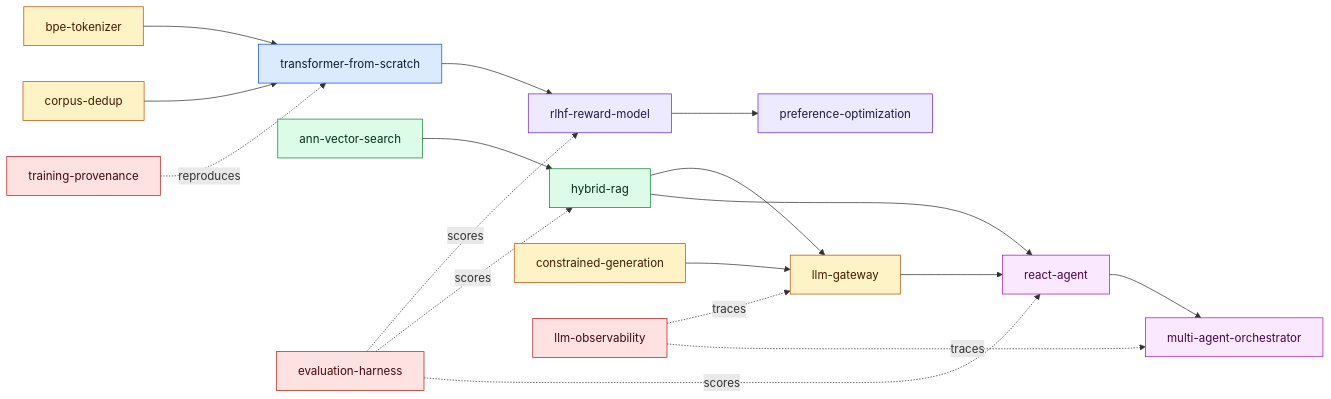
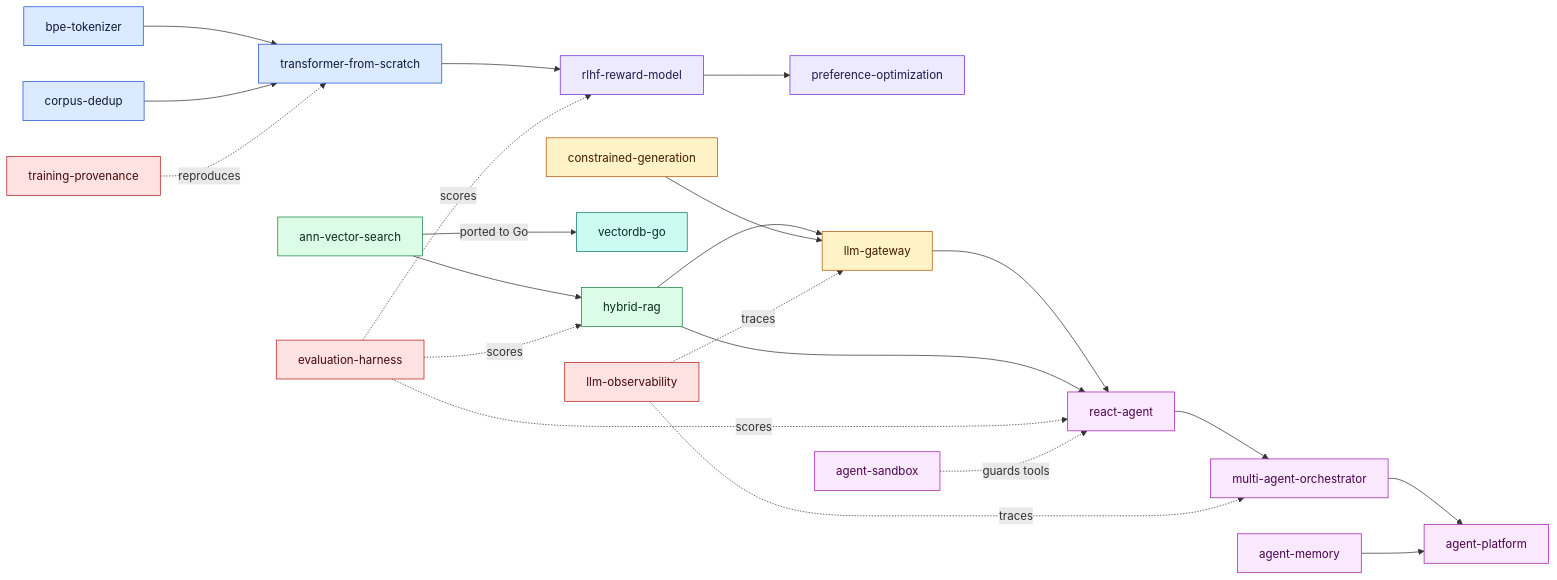
One commit to adeoluo/adeoluo changed the second of 3 diagrams in README.md. Above: the diagram before and after it, drawn with Mermaid. The commit also changed other lines of this file, not shown here.

````diff
--- a/README.md
+++ b/README.md
@@ -94,47 +83,58 @@
 ```mermaid
 flowchart LR
-  BPE["bpe-tokenizer"]
-  DEDUP["corpus-dedup"]
-  TF["transformer-from-scratch"]
-  RLHF["rlhf-reward-model"]
-  DPO["preference-optimization"]
-  ANN["ann-vector-search"]
-  RAG["hybrid-rag"]
-  GW["llm-gateway"]
-  CG["constrained-generation"]
-  REACT["react-agent"]
-  ORCH["multi-agent-orchestrator"]
-  EVAL["evaluation-harness"]
-  OBS["llm-observability"]
-  PROV["training-provenance"]
+  r_bpe_tokenizer_library["bpe-tokenizer"]
+  r_transformer_from_scratch["transformer-from-scratch"]
+  r_corpus_dedup_library["corpus-dedup"]
+  r_rlhf_reward_model["rlhf-reward-model"]
+  r_preference_optimization["preference-optimization"]
+  r_ann_vector_search_library["ann-vector-search"]
+  r_hybrid_rag["hybrid-rag"]
+  r_vectordb_go["vectordb-go"]
+  r_llm_gateway["llm-gateway"]
+  r_constrained_generation_library["constrained-generation"]
+  r_react_agent["react-agent"]
+  r_multi_agent_orchestrator["multi-agent-orchestrator"]
+  r_agent_platform["agent-platform"]
+  r_evaluation_harness["evaluation-harness"]
+  r_llm_observability["llm-observability"]
+  r_training_provenance["training-provenance"]
+  r_agent_memory["agent-memory"]
+  r_agent_sandbox["agent-sandbox"]
 
-  BPE --> TF
-  DEDUP --> TF
-  TF --> RLHF --> DPO
-  ANN --> RAG --> GW
-  CG --> GW
-  GW --> REACT --> ORCH
-  RAG --> REACT
-  EVAL -. scores .-> RLHF
-  EVAL -. scores .-> RAG
-  EVAL -. scores .-> REACT
-  OBS -. traces .-> GW
-  OBS -. traces .-> ORCH
-  PROV -. reproduces .-> TF
+  r_bpe_tokenizer_library --> r_transformer_from_scratch
+  r_corpus_dedup_library --> r_transformer_from_scratch
+  r_transformer_from_scratch --> r_rlhf_reward_model
+  r_rlhf_reward_model --> r_preference_optimization
+  r_ann_vector_search_library --> r_hybrid_rag
+  r_ann_vector_search_library -->|ported to Go| r_vectordb_go
+  r_hybrid_rag --> r_llm_gateway
+  r_constrained_generation_library --> r_llm_gateway
+  r_llm_gateway --> r_react_agent
+  r_hybrid_rag --> r_react_agent
+  r_react_agent --> r_multi_agent_orchestrator
+  r_multi_agent_orchestrator --> r_agent_platform
+  r_evaluation_harness -.->|scores| r_rlhf_reward_model
+  r_evaluation_harness -.->|scores| r_hybrid_rag
+  r_evaluation_harness -.->|scores| r_react_agent
+  r_llm_observability -.->|traces| r_llm_gateway
+  r_llm_observability -.->|traces| r_multi_agent_orchestrator
+  r_training_provenance -.->|reproduces| r_transformer_from_scratch
+  r_agent_memory --> r_agent_platform
+  r_agent_sandbox -.->|guards tools| r_react_agent
 
-  classDef data fill:#fef3c7,stroke:#b45309,color:#451a03;
-  classDef model fill:#dbeafe,stroke:#1d4ed8,color:#0b1b3a;
-  classDef align fill:#ede9fe,stroke:#6d28d9,color:#1e1b4b;
-  classDef retr fill:#dcfce7,stroke:#15803d,color:#052e16;
-  classDef serve fill:#fef3c7,stroke:#b45309,color:#451a03;
-  classDef agent fill:#fae8ff,stroke:#a21caf,color:#4a044e;
-  classDef trust fill:#fee2e2,stroke:#b91c1c,color:#450a0a;
+  classDef c_model fill:#dbeafe,stroke:#1d4ed8,color:#0b1b3a;
+  classDef c_retr fill:#dcfce7,stroke:#15803d,color:#052e16;
+  classDef c_align fill:#ede9fe,stroke:#6d28d9,color:#1e1b4b;
+  classDef c_serve fill:#fef3c7,stroke:#b45309,color:#451a03;
+  classDef c_agent fill:#fae8ff,stroke:#a21caf,color:#4a044e;
+  classDef c_trust fill:#fee2e2,stroke:#b91c1c,color:#450a0a;
+  classDef c_sys fill:#ccfbf1,stroke:#0f766e,color:#042f2e;
 
-  class BPE,DEDUP data;
-  class TF model;
-  class RLHF,DPO align;
-  class ANN,RAG retr;
-  class GW,CG serve;
-  class REACT,ORCH agent;
-  class EVAL,OBS,PROV trust;
+  class r_bpe_tokenizer_library,r_transformer_from_scratch,r_corpus_dedup_library c_model;
+  class r_ann_vector_search_library,r_hybrid_rag c_retr;
+  class r_rlhf_reward_model,r_preference_optimization c_align;
+  class r_llm_gateway,r_constrained_generation_library c_serve;
+  class r_react_agent,r_multi_agent_orchestrator,r_agent_platform,r_agent_memory,r_agent_sandbox c_agent;
+  class r_evaluation_harness,r_llm_observability,r_training_provenance c_trust;
+  class r_vectordb_go c_sys;
 ```
````
